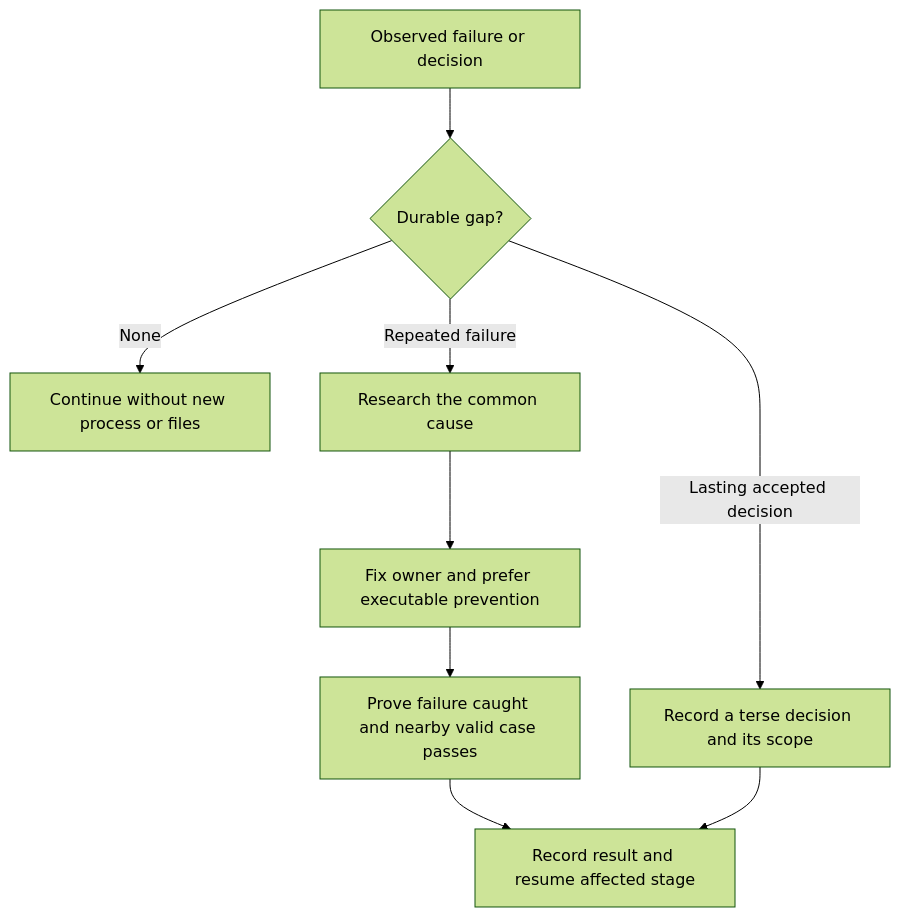
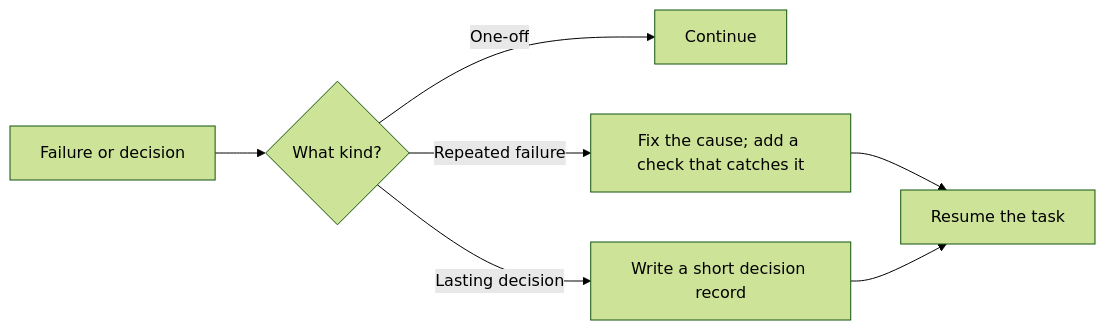
The sixth of 7 diagrams in README.md (sgaabdu4/hard-eng), drawn with Mermaid (forest theme) before and after one commit. The commit also changed other lines of this file and 35 other files, not shown here.

````diff
--- a/README.md
+++ b/README.md
@@ -167,11 +203,9 @@
 ```mermaid
-flowchart TD
-  A[Observed failure or decision] --> B{Durable gap?}
-  B -->|None| C[Continue without new process or files]
-  B -->|Repeated failure| D[Research the common cause]
-  D --> E[Fix owner and prefer executable prevention]
-  E --> F[Prove failure caught and nearby valid case passes]
-  F --> G[Record result and resume affected stage]
-  B -->|Lasting accepted decision| H[Record a terse decision and its scope]
-  H --> G
+flowchart LR
+  A[Failure or decision] --> B{What kind?}
+  B -->|One-off| C[Continue]
+  B -->|Repeated failure| D[Fix the cause; add a check that catches it]
+  B -->|Lasting decision| E[Write a short decision record]
+  D --> F[Resume the task]
+  E --> F
 ```
````
